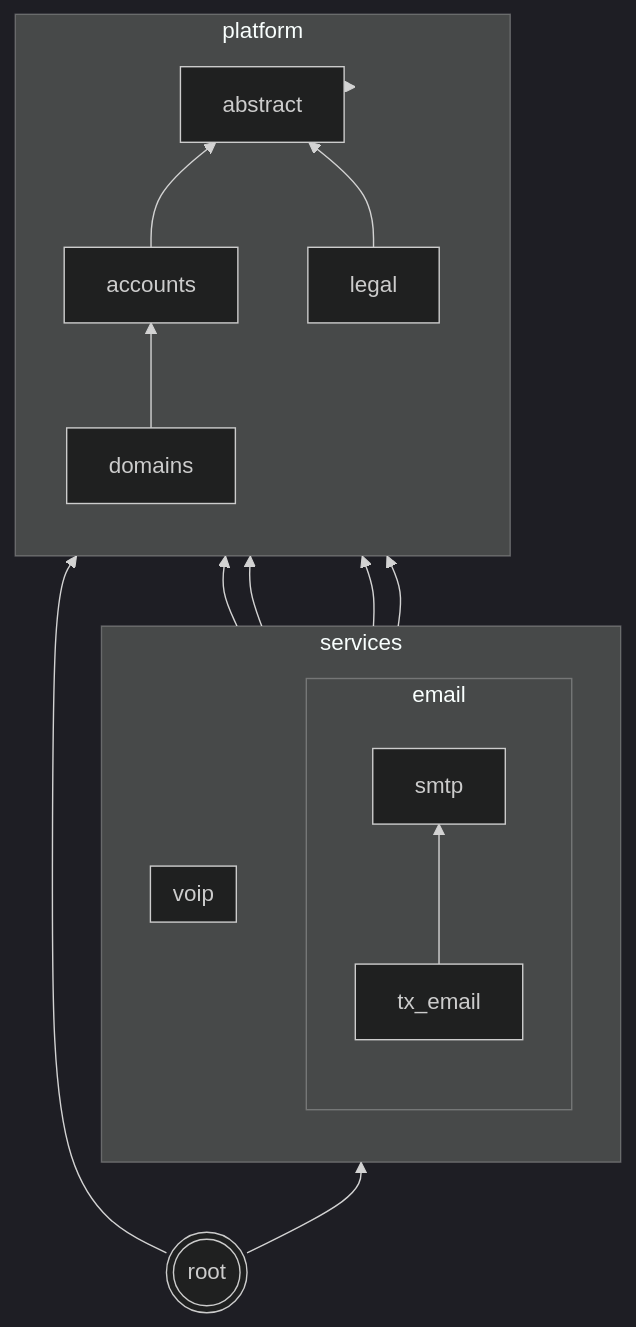
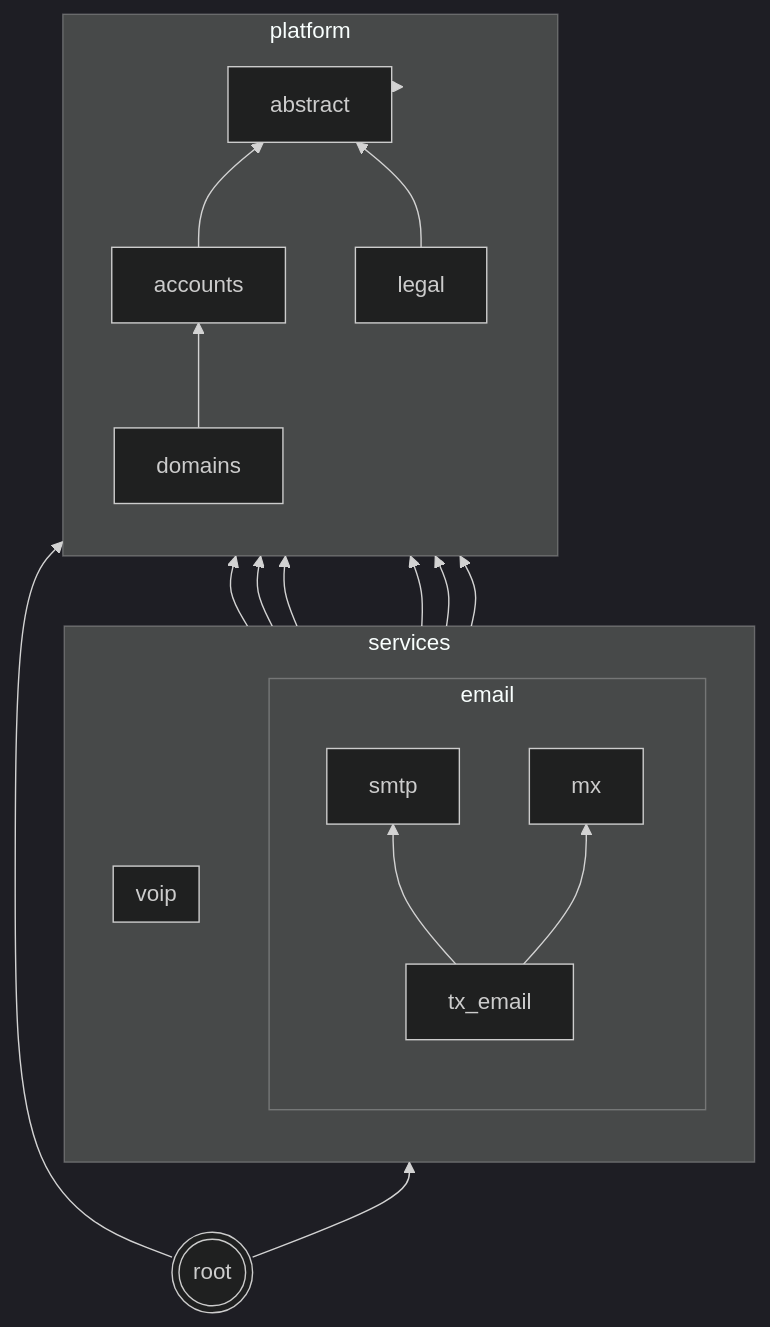
One commit to codingjoe/relay changed the diagram in README.md. Above: the diagram before and after it, drawn with Mermaid (dark theme). The commit also changed other lines of this file and 37 other files, not shown here.

````diff
--- a/README.md
+++ b/README.md
@@ -97,33 +114,37 @@
 ```mermaid
 graph BT
  abstract[abstract];
  subgraph platform
  direction BT
  accounts
  domains
  legal
  domains --> accounts
  accounts --> abstract
  legal --> abstract
  end
  subgraph services
  direction BT
  subgraph email
  direction BT
  tx_email[tx_email]
  smtp
+ mx
  smtp --> accounts
  smtp --> domains
+ mx --> accounts
+ mx --> domains
  tx_email --> smtp
+ tx_email --> mx
  tx_email --> domains
  end
  subgraph voip
  direction BT
  end
  end
  services --> platform;
  platform --> abstract;
  root --> services;
  root --> platform;
  root(((root)))
 ```
````
